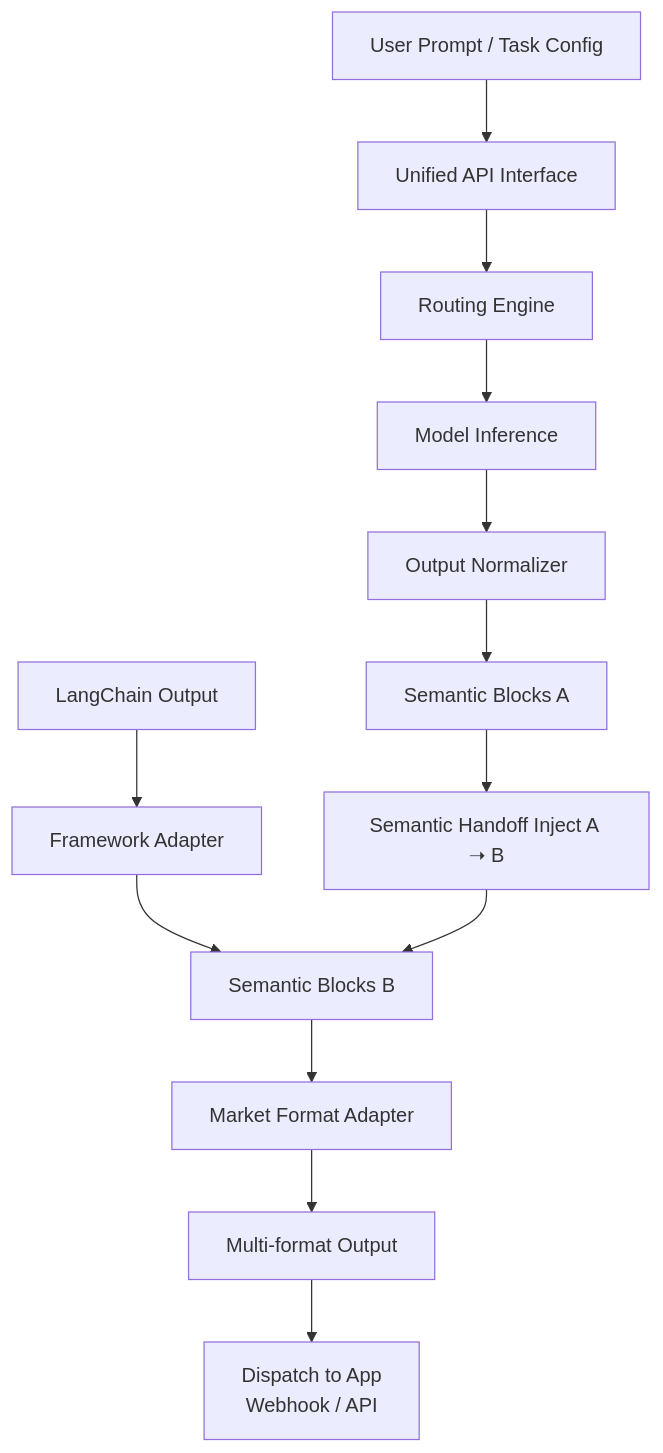
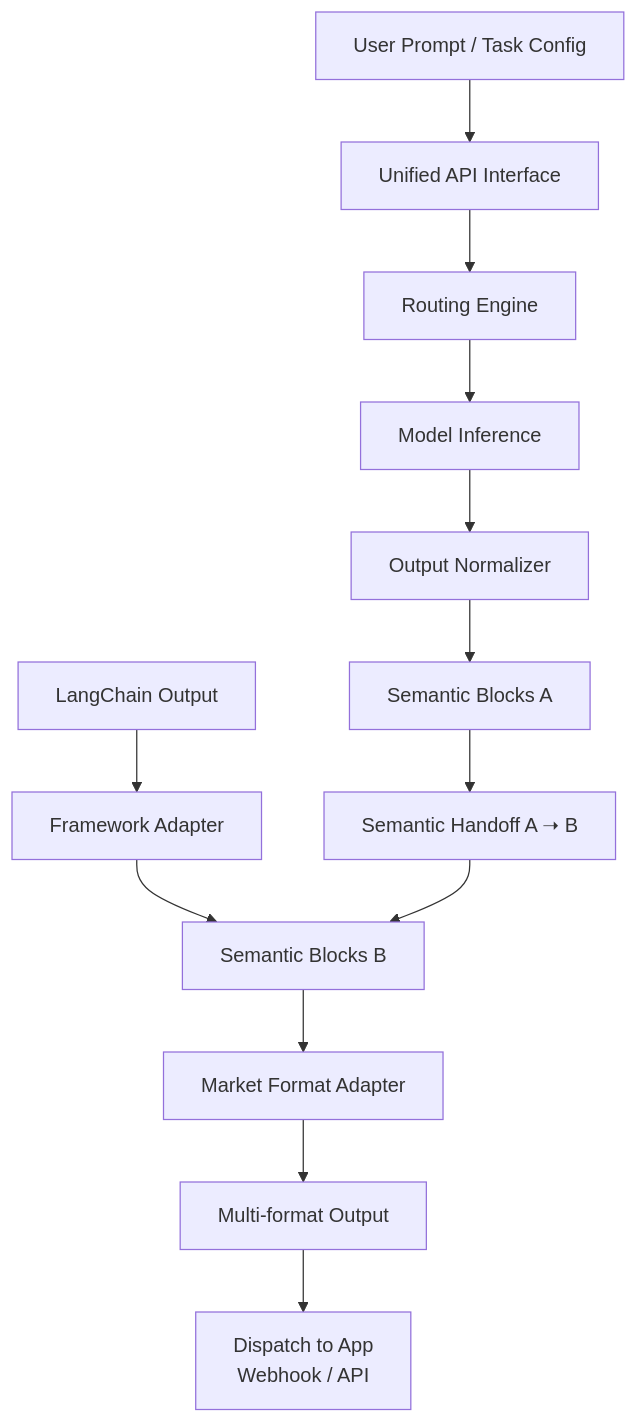
The diagram in demo/README.md (CharmAIOS/CharmOS), drawn with Mermaid before and after one commit.

Commit message:
README.md

````diff
--- a/demo/README.md
+++ b/demo/README.md
@@ -6,21 +6,21 @@
 ``` mermaid
 graph TD
   A[User Prompt / Task Config] --> B[Unified API Interface]
   B --> C[Routing Engine]
   C --> D[Model Inference]
   D --> E[Output Normalizer]
   E --> F1[Semantic Blocks A]
 
   %% External framework output
   L[LangChain Output] --> M[Framework Adapter]
   M --> F2[Semantic Blocks B]
 
   %% Interop (Handoff)
-  F1 --> H[Semantic Handoff Inject A ➝ B]
+  F1 --> H[Semantic Handoff A ➝ B]
   H --> F2
 
   %% Output
   F2 --> G[Market Format Adapter]
   G --> I[Multi-format Output]
   I --> J[Dispatch to App\nWebhook / API]
 ```
````
